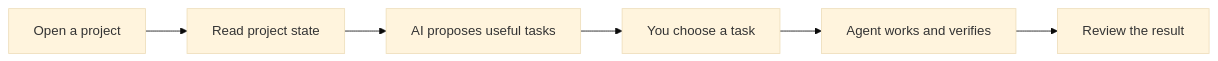
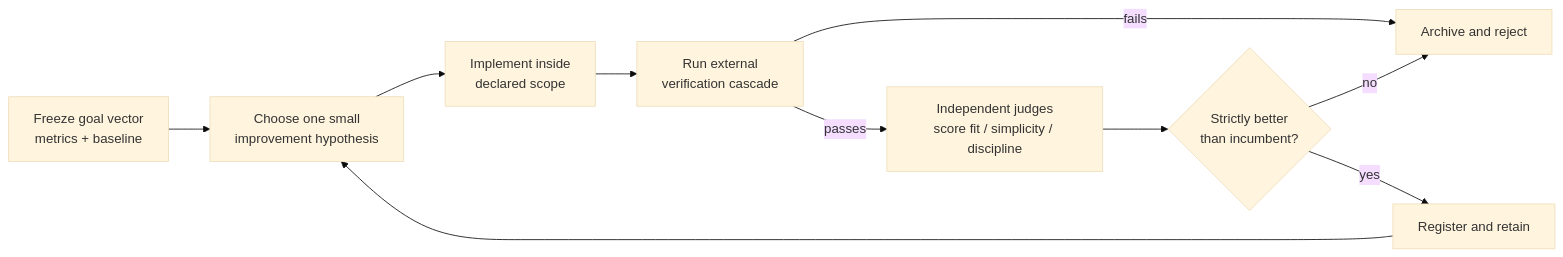
One commit to songguomix/ConeCode changed the diagram in README.md. Above: the diagram before and after it, drawn with Mermaid (base theme). The commit also changed other lines of this file and 1 other file, not shown here.

````diff
--- a/README.md
+++ b/README.md
@@ -13,8 +17,12 @@
 ```mermaid
 flowchart LR
-    A[Open a project] --> B[Read project state]
-    B --> C[AI proposes useful tasks]
-    C --> D[You choose a task]
-    D --> E[Agent works and verifies]
-    E --> F[Review the result]
+    A[Freeze goal vector<br/>metrics + baseline] --> B[Choose one small<br/>improvement hypothesis]
+    B --> C[Implement inside<br/>declared scope]
+    C --> D[Run external<br/>verification cascade]
+    D -->|fails| E[Archive and reject]
+    D -->|passes| F[Independent judges<br/>score fit / simplicity / discipline]
+    F --> G{Strictly better<br/>than incumbent?}
+    G -->|yes| H[Register and retain]
+    G -->|no| E
+    H --> B
 ```
````
